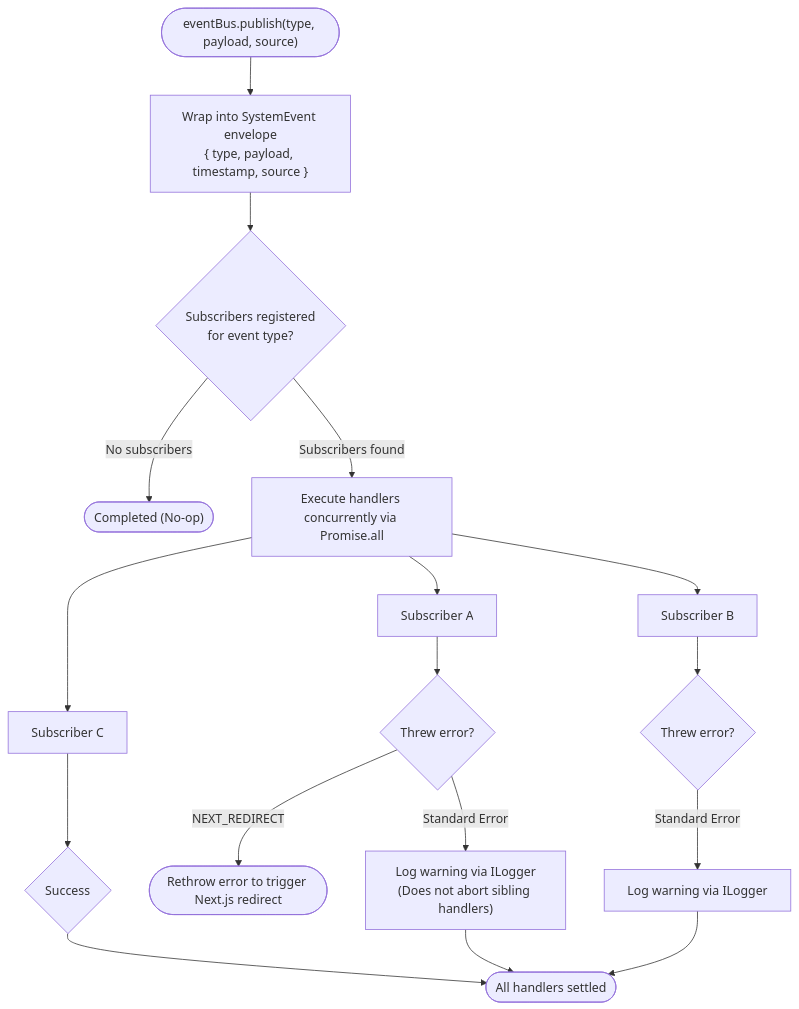
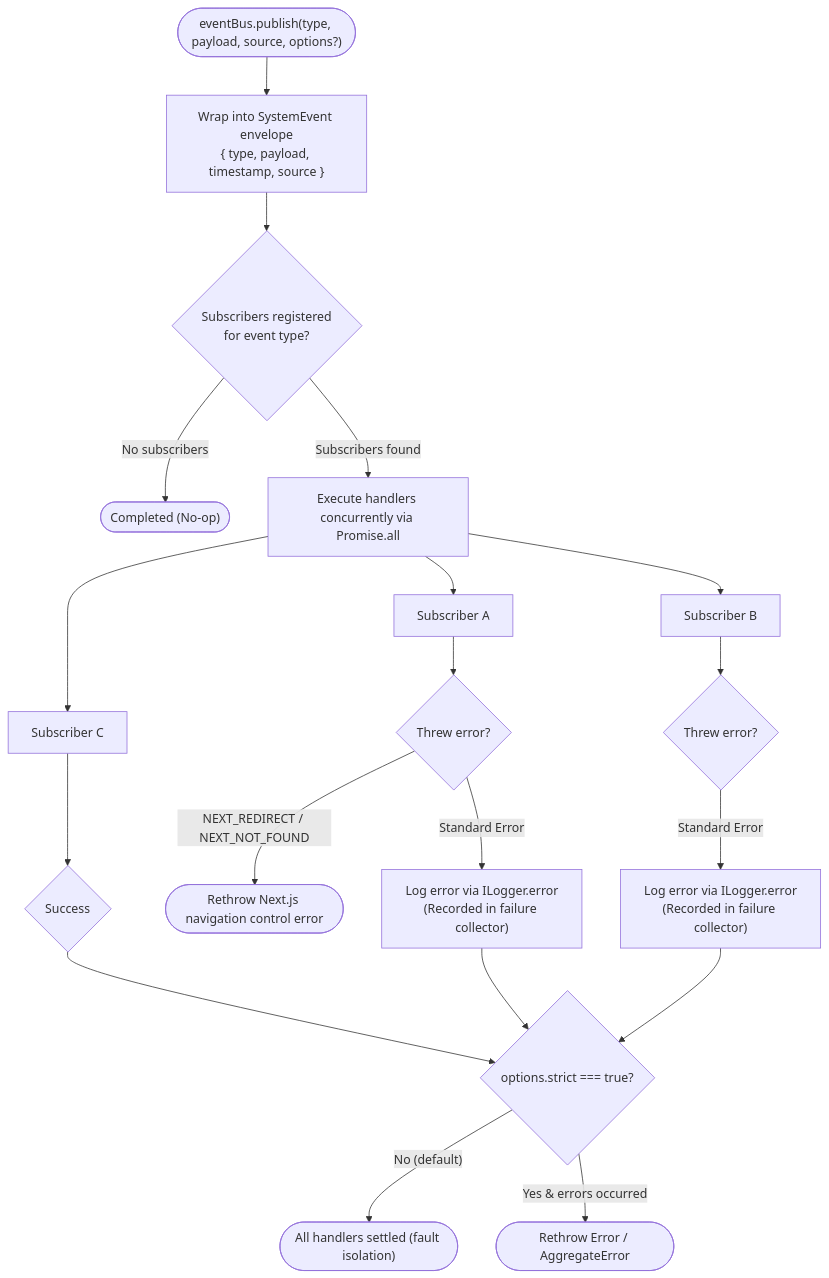
One commit to veapjs/veap changed the diagram in docs/fundamentals/events.md. Above: the diagram before and after it, drawn with Mermaid. The commit also changed other lines of this file and 45 other files, not shown here.

````diff
--- a/docs/fundamentals/events.md
+++ b/docs/fundamentals/events.md
@@ -15,25 +15,28 @@
 ```mermaid
 flowchart TD
-    Pub(["eventBus.publish(type, payload, source)"]) --> Env["Wrap into SystemEvent envelope<br/>{ type, payload, timestamp, source }"]
+    Pub(["eventBus.publish(type, payload, source, options?)"]) --> Env["Wrap into SystemEvent envelope<br/>{ type, payload, timestamp, source }"]
     Env --> Lookup{"Subscribers registered<br/>for event type?"}
 
     Lookup -- "No subscribers" --> Done(["Completed (No-op)"])
     Lookup -- "Subscribers found" --> Concurrent["Execute handlers concurrently via Promise.all"]
 
     Concurrent --> H1["Subscriber A"]
     Concurrent --> H2["Subscriber B"]
     Concurrent --> H3["Subscriber C"]
 
     H1 --> Catch1{"Threw error?"}
     H2 --> Catch2{"Threw error?"}
     H3 --> Catch3{"Success"}
 
-    Catch1 -- "NEXT_REDIRECT" --> Rethrow1(["Rethrow error to trigger Next.js redirect"])
-    Catch1 -- "Standard Error" --> Log1["Log warning via ILogger<br/>(Does not abort sibling handlers)"]
+    Catch1 -- "NEXT_REDIRECT / NEXT_NOT_FOUND" --> RethrowCtrl(["Rethrow Next.js navigation control error"])
+    Catch1 -- "Standard Error" --> Log1["Log error via ILogger.error<br/>(Recorded in failure collector)"]
 
-    Catch2 -- "Standard Error" --> Log2["Log warning via ILogger"]
-    Catch3 --> Complete(["All handlers settled"])
+    Catch2 -- "Standard Error" --> Log2["Log error via ILogger.error<br/>(Recorded in failure collector)"]
+    Catch3 --> CompleteCheck{"options.strict === true?"}
 
-    Log1 --> Complete
-    Log2 --> Complete
+    Log1 --> CompleteCheck
+    Log2 --> CompleteCheck
+
+    CompleteCheck -- "No (default)" --> Complete(["All handlers settled (fault isolation)"])
+    CompleteCheck -- "Yes & errors occurred" --> RethrowStrict(["Rethrow Error / AggregateError"])
 ```
````
